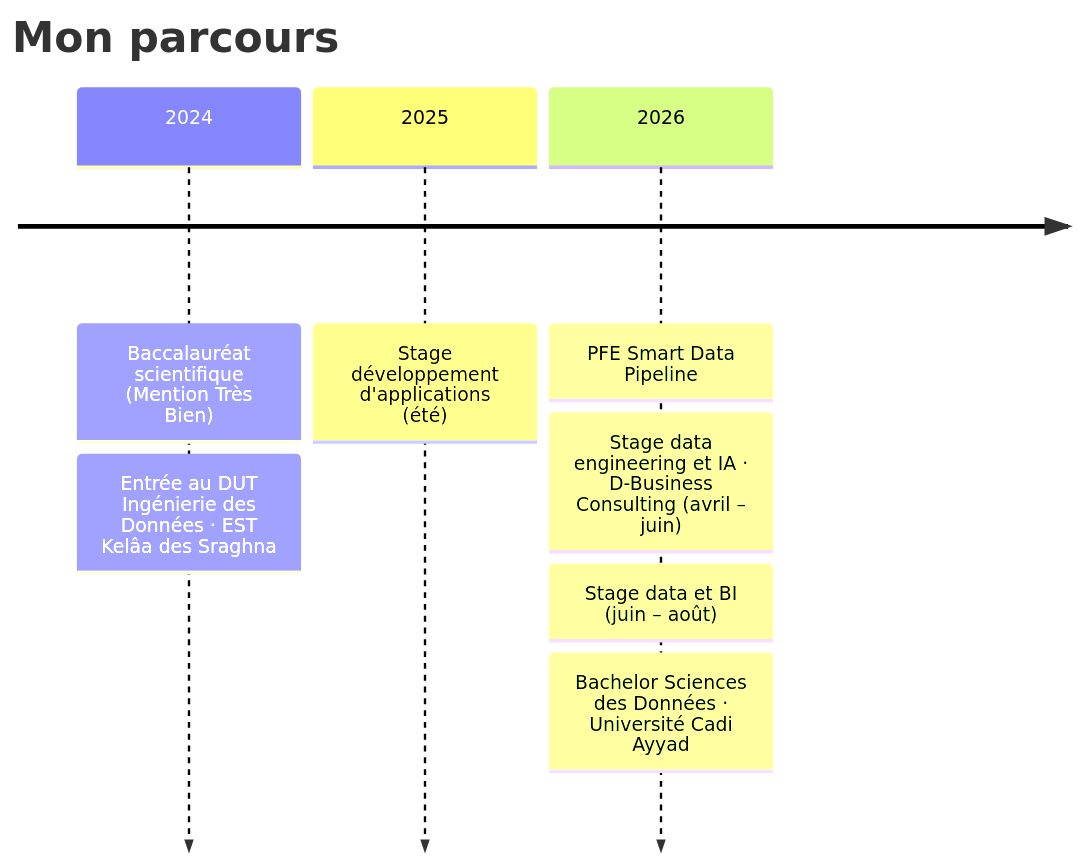
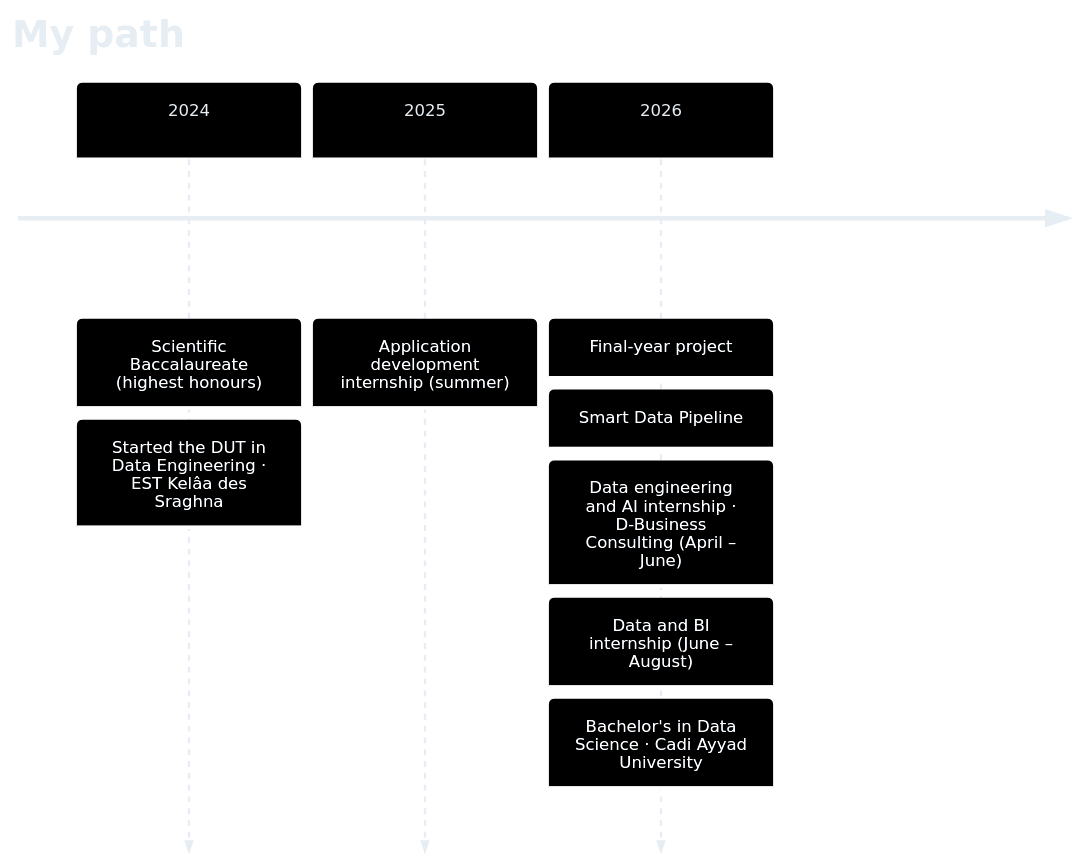
The fifth of 5 diagrams in README.md (Samah-boudallaa/Samah-boudallaa), drawn with Mermaid before and after one commit. The commit also changed other lines of this file, not shown here.

````diff
--- a/README.md
+++ b/README.md
@@ -300,11 +307,12 @@
 ```mermaid
+%%{init: {"theme":"base","themeVariables":{"primaryColor":"#1c1730","primaryTextColor":"#e6edf3","primaryBorderColor":"#7c3aed","lineColor":"#a371f7","secondaryColor":"#1c1730","tertiaryColor":"#0d1117","fontSize":"14px"}}}%%
 timeline
-    title Mon parcours
-    2024 : Baccalauréat scientifique (Mention Très Bien)
-         : Entrée au DUT Ingénierie des Données · EST Kelâa des Sraghna
-    2025 : Stage développement d'applications (été)
-    2026 : PFE Smart Data Pipeline
-         : Stage data engineering et IA · D-Business Consulting (avril – juin)
-         : Stage data et BI (juin – août)
-         : Bachelor Sciences des Données · Université Cadi Ayyad
+    title My path
+    2024 : Scientific Baccalaureate (highest honours)
+         : Started the DUT in Data Engineering · EST Kelâa des Sraghna
+    2025 : Application development internship (summer)
+    2026 : Final-year project: Smart Data Pipeline
+         : Data engineering and AI internship · D-Business Consulting (April – June)
+         : Data and BI internship (June – August)
+         : Bachelor's in Data Science · Cadi Ayyad University
 ```
````
